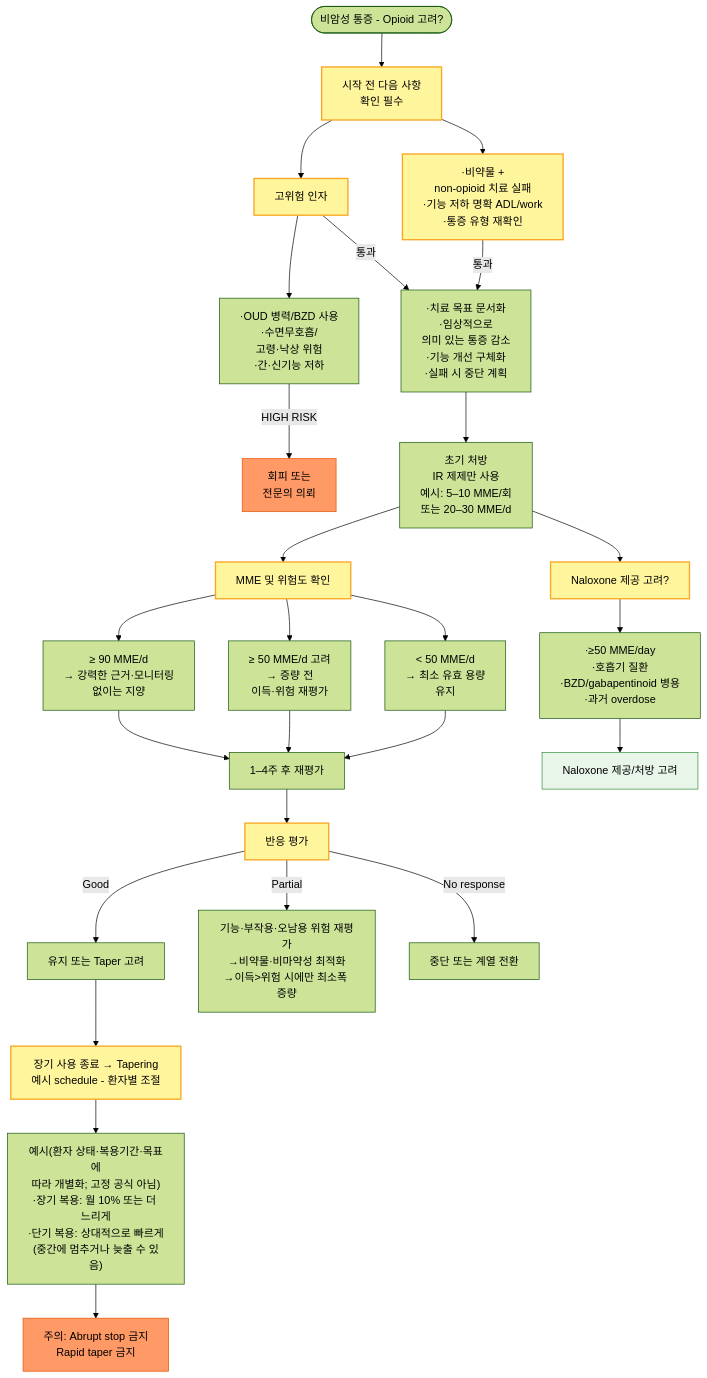
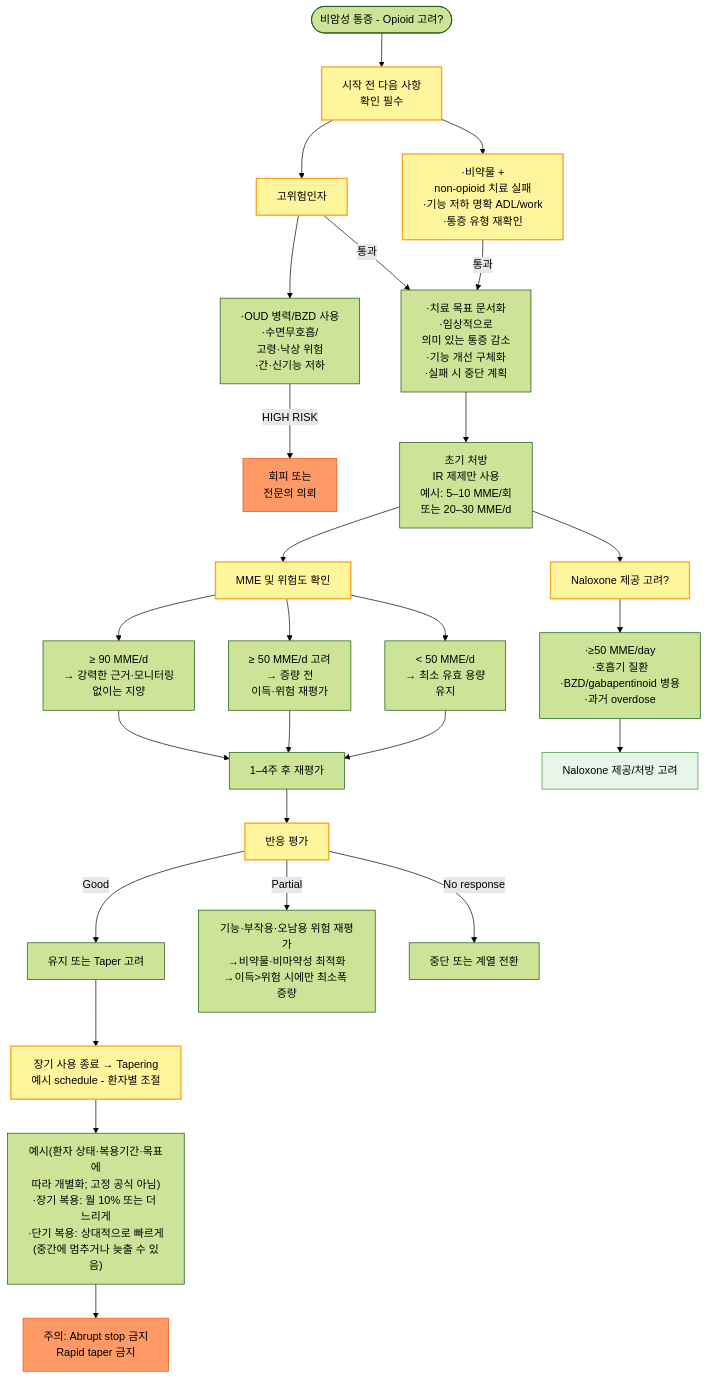
The second of 2 diagrams in 220_/001_-pain.md (familyoh77/familyoh77), drawn with Mermaid (forest theme) before and after one commit. The commit also changed other lines of this file and 16 other files, not shown here.

````diff
--- a/220_/001_-pain.md
+++ b/220_/001_-pain.md
@@ -400,31 +400,31 @@
 ```mermaid
 flowchart TD
     A([비암성 통증 - Opioid 고려?]) --> B[시작 전 다음 사항 \n확인 필수]
     B --> B1[·비약물 + \nnon-opioid 치료 실패\n·기능 저하 명확 ADL/work\n·통증 유형 재확인]
-    B --> B2[고위험 인자]
+    B --> B2[고위험인자]
     B2 --> BH[·OUD 병력/BZD 사용\n·수면무호흡/\n고령·낙상 위험\n·간·신기능 저하]
     BH -->|HIGH RISK| C[회피 또는 \n전문의 의뢰]
     B1 & B2 -->|통과| D[·치료 목표 문서화\n·임상적으로 \n의미 있는 통증 감소\n·기능 개선 구체화\n·실패 시 중단 계획]
     D --> E[초기 처방\nIR 제제만 사용\n예시: 5–10 MME/회\n또는 20–30 MME/d]
     E --> F[MME 및 위험도 확인]
     F --> F1["&lt; 50 MME/d \n→ 최소 유효 용량 \n유지"]
     F --> F2["≥ 50 MME/d 고려 \n→ 증량 전 \n이득·위험 재평가"]
     F --> F3["≥ 90 MME/d \n→ 강력한 근거·모니터링 \n없이는 지양"]
     F1 & F2 & F3 --> G[1–4주 후 재평가]
     G --> H[반응 평가]
     H -->|Good| I[유지 또는 Taper 고려]
     H -->|Partial| J["기능·부작용·오남용 위험 재평가\n→비약물·비마약성 최적화\n→이득&gt;위험 시에만 최소폭 증량"]
     H -->|No response| K[중단 또는 계열 전환]
     E --> L[Naloxone 제공 고려?]
     L --> L1[·≥50 MME/day\n·호흡기 질환\n·BZD/gabapentinoid 병용\n·과거 overdose]
     L1 --> M[Naloxone 제공/처방 고려]
     I --> N[장기 사용 종료 → Tapering\n예시 schedule - 환자별 조절]
     N --> N1["예시(환자 상태·복용기간·목표에\n따라 개별화; 고정 공식 아님)\n·장기 복용: 월 10% 또는 더 느리게\n·단기 복용: 상대적으로 빠르게\n(중간에 멈추거나 늦출 수 있음)"]
     N1 --> O[주의: Abrupt stop 금지\n Rapid taper 금지]
     style C fill:#f96,stroke:#e65100
     style O fill:#f96,stroke:#e65100
     style M fill:#e8f5e9,stroke:#388e3c
 classDef yellow fill:#fff59d,stroke:#f9a825,stroke-width:2px
 class B,B1,B2,F,H,L,N yellow
 
 ```
````
